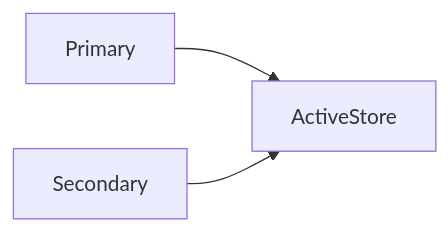
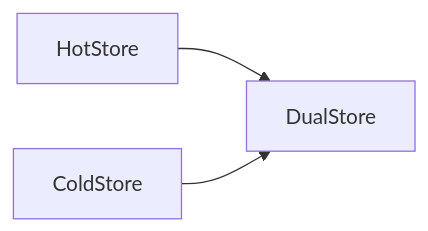
One commit to limistah/go-url-shortener changed the eighth of 11 diagrams in docs/walkthrough.md. Above: the diagram before and after it, drawn with Mermaid. The commit also changed other lines of this file and 48 other files, not shown here.

````diff
--- a/docs/walkthrough.md
+++ b/docs/walkthrough.md
@@ -101,5 +77,5 @@
 ```mermaid
 flowchart LR
-  Primary --> ActiveStore
-  Secondary --> ActiveStore
+  HotStore --> DualStore
+  ColdStore --> DualStore
 ```
````
